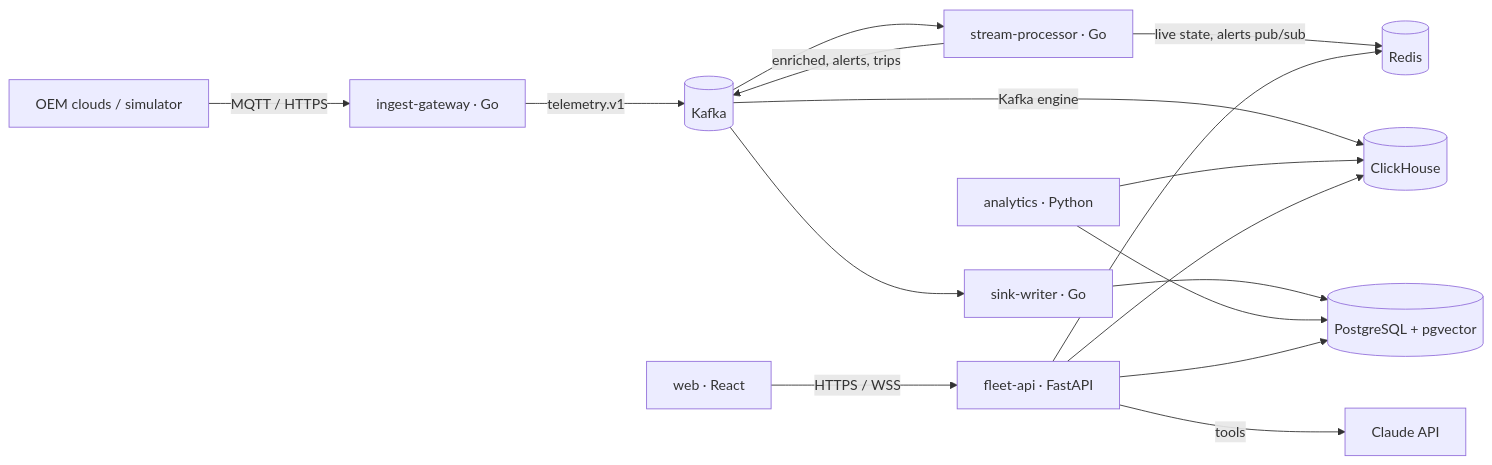
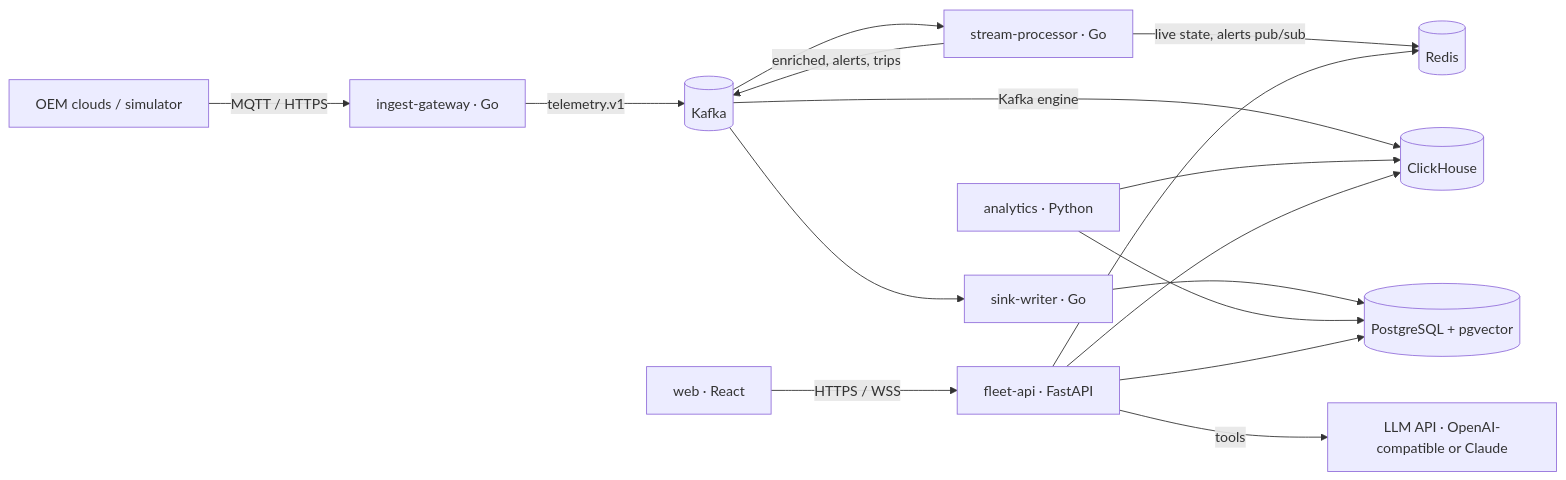
Before and after one commit to mayukhp24/MotorQ-hackathon: the diagram in README.md, drawn with Mermaid. The commit also changed other lines of this file and 22 other files, not shown here.

First line of the commit message:
Copilot: support free OpenAI-compatible LLM providers

````diff
--- a/README.md
+++ b/README.md
@@ -31,13 +31,13 @@
 ```mermaid
 flowchart LR
   OEM[OEM clouds / simulator] -->|MQTT / HTTPS| GW[ingest-gateway · Go]
   GW -->|telemetry.v1| K[(Kafka)]
   K --> SP[stream-processor · Go] -->|live state, alerts pub/sub| R[(Redis)]
   SP -->|enriched, alerts, trips| K
   K -->|Kafka engine| CH[(ClickHouse)]
   K --> SW[sink-writer · Go] --> PG[(PostgreSQL + pgvector)]
   AN[analytics · Python] --> CH & PG
   API[fleet-api · FastAPI] --> PG & CH & R
-  API -->|tools| LLM[Claude API]
+  API -->|tools| LLM[LLM API · OpenAI-compatible or Claude]
   WEB[web · React] -->|HTTPS / WSS| API
 ```
````
